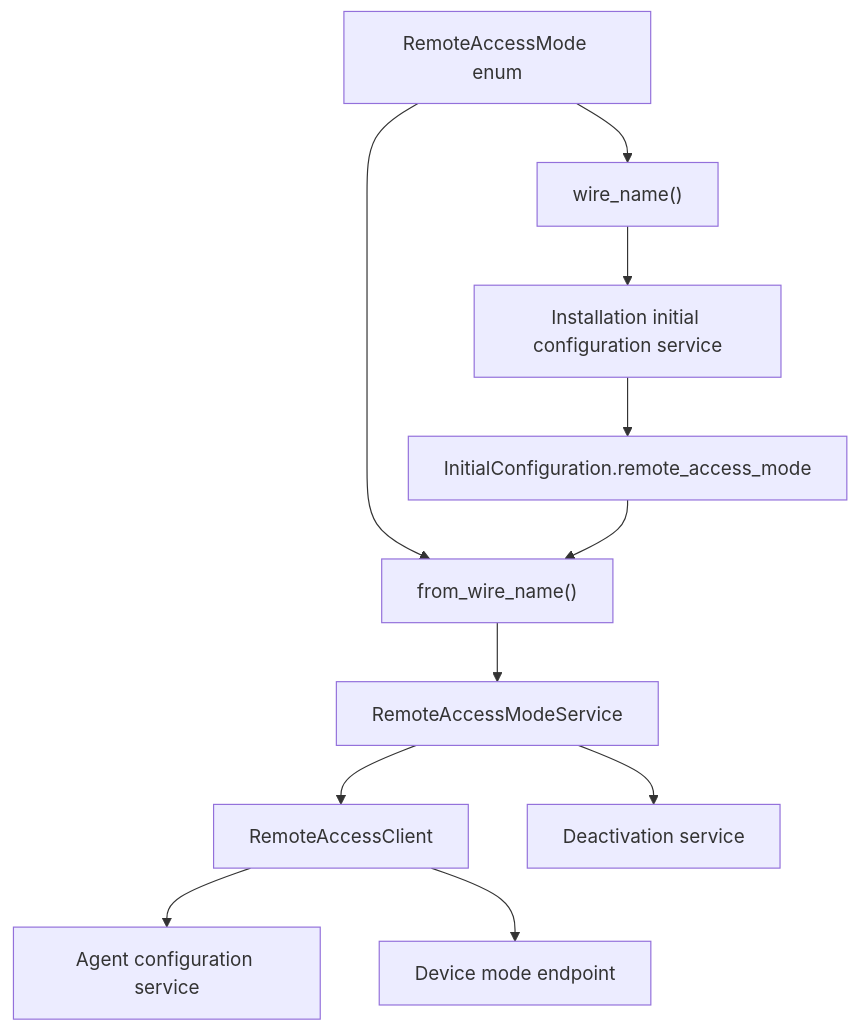
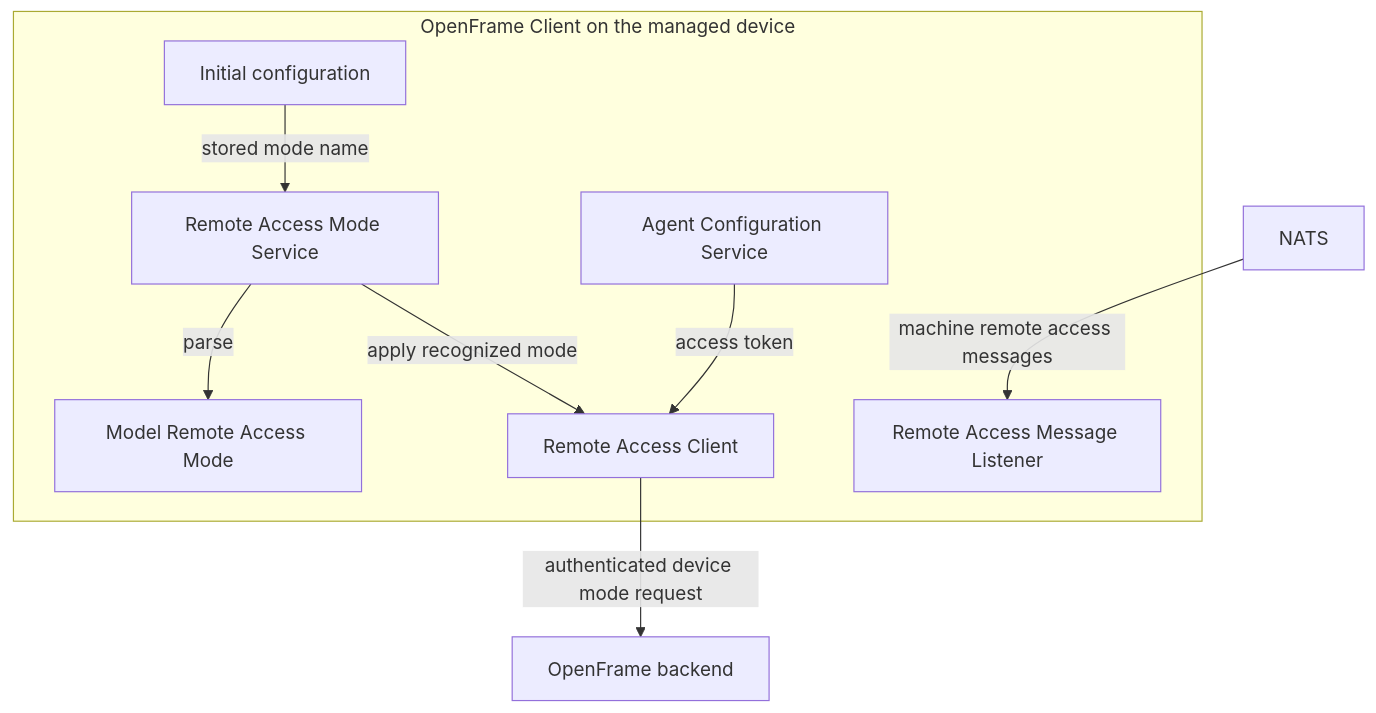
The second of 4 diagrams in docs/reference/architecture/openframe-client-core/model-remote-access-mode/model-remote-access-mode.md (flamingo-stack/openframe-oss-tenant), drawn with Mermaid before and after one commit. The commit also changed other lines of this file and 2377 other files, not shown here.

````diff
--- a/docs/reference/architecture/openframe-client-core/model-remote-access-mode/model-remote-access-mode.md
+++ b/docs/reference/architecture/openframe-client-core/model-remote-access-mode/model-remote-access-mode.md
@@ -55,13 +66,20 @@
 ```mermaid
 flowchart TD
-    Enum["RemoteAccessMode enum"] --> Encode["wire_name()"]
-    Enum --> Decode["from_wire_name()"]
-    Encode --> InstallConfig["Installation initial configuration service"]
-    InstallConfig --> Stored["InitialConfiguration.remote_access_mode"]
-    Stored --> Decode
-    Decode --> ModeService["RemoteAccessModeService"]
-    ModeService --> ApiClient["RemoteAccessClient"]
-    ApiClient --> TokenConfig["Agent configuration service"]
-    ApiClient --> Api["Device mode endpoint"]
-    ModeService --> Deactivation["Deactivation service"]
+    subgraph DeviceClient["OpenFrame Client on the managed device"]
+        InstallConfig["Initial configuration"]
+        ModeModel["Model Remote Access Mode"]
+        ModeService["Remote Access Mode Service"]
+        ApiClient["Remote Access Client"]
+        TokenConfig["Agent Configuration Service"]
+        NatsListener["Remote Access Message Listener"]
+    end
+    Backend["OpenFrame backend"]
+    Nats["NATS"]
+
+    InstallConfig -->|"stored mode name"| ModeService
+    ModeService -->|"parse"| ModeModel
+    ModeService -->|"apply recognized mode"| ApiClient
+    TokenConfig -->|"access token"| ApiClient
+    ApiClient -->|"authenticated device mode request"| Backend
+    Nats -->|"machine remote access messages"| NatsListener
 ```
````
